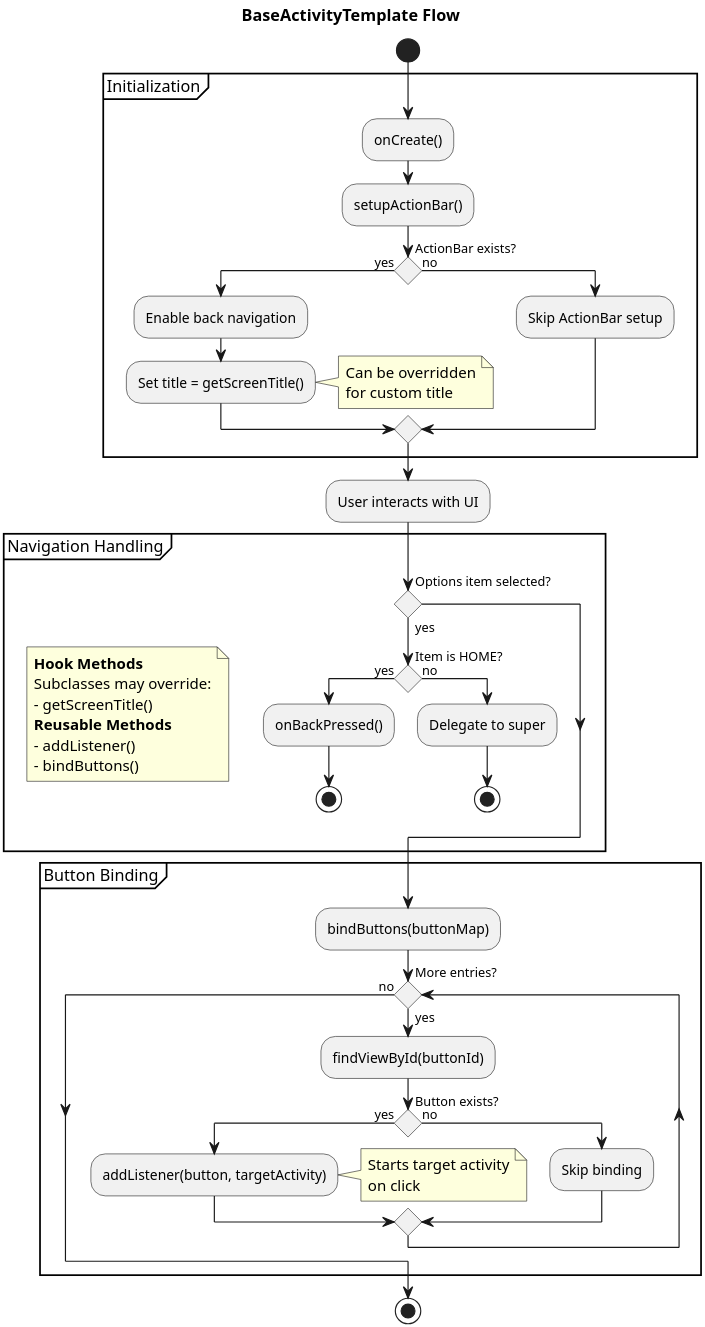
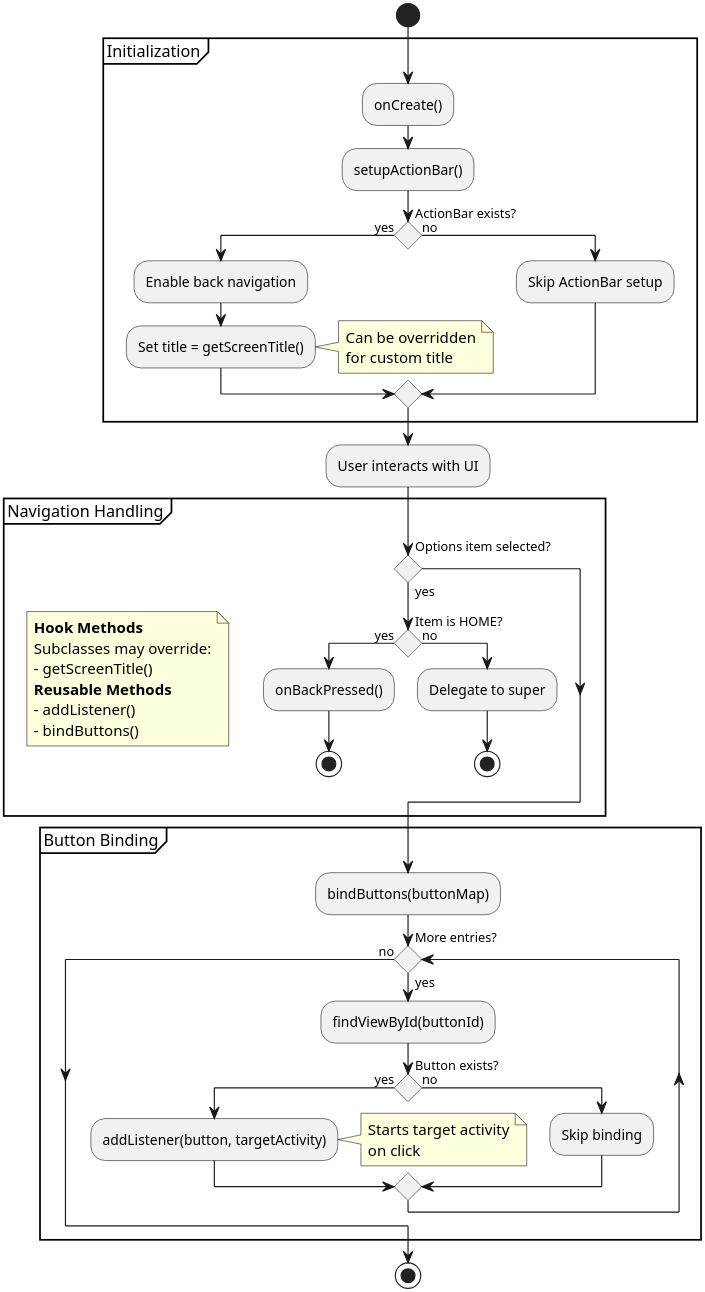
Before and after one commit to domi-cmd/Reference_Application_for_OWASP_MASTG: the diagram in apps/uml_diagrams/BaseActivityTemplate.puml, drawn with PlantUML. The commit also changed 6 other files, not shown here.

Commit message:
Did final refinements of the uml diagrams of <Design> section, removed all titles, adjusted names from <maswe...> to <masvs...>

```diff
--- a/apps/uml_diagrams/BaseActivityTemplate.puml
+++ b/apps/uml_diagrams/BaseActivityTemplate.puml
@@ -1,63 +1,63 @@
 @startuml
-title BaseActivityTemplate Flow
+' title BaseActivityTemplate Flow
 
 skinparam conditionStyle diamond
 skinparam partitionMinWidth 300
 skinparam dpi 300
 
 start
 
 partition "Initialization" {
   :onCreate();
   :setupActionBar();
 
   if (ActionBar exists?) then (yes)
     :Enable back navigation;
     :Set title = getScreenTitle();
     note right: Can be overridden\nfor custom title
   else (no)
     :Skip ActionBar setup;
   endif
 }
 
 :User interacts with UI;
 
 partition "Navigation Handling" {
     note left
       **Hook Methods**
       Subclasses may override:
       - getScreenTitle()
       **Reusable Methods**
       - addListener()
       - bindButtons()
     end note
 
   if (Options item selected?) then (yes)
     if (Item is HOME?) then (yes)
       :onBackPressed();
       stop
     else (no)
       :Delegate to super;
       stop
     endif
   endif
 }
 
 partition "Button Binding" {
   :bindButtons(buttonMap);
 
   while (More entries?) is (yes)
     :findViewById(buttonId);
 
     if (Button exists?) then (yes)
       :addListener(button, targetActivity);
       note right: Starts target activity\non click
     else (no)
       :Skip binding;
     endif
   endwhile (no)
 }
 
 stop
 
 @enduml
```
